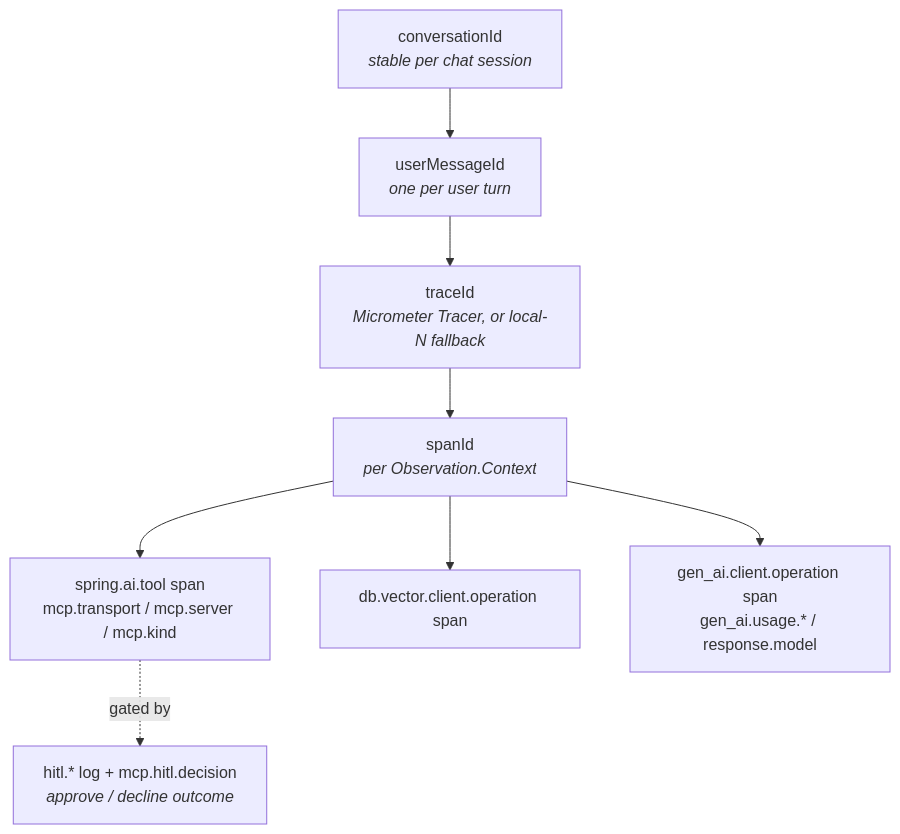
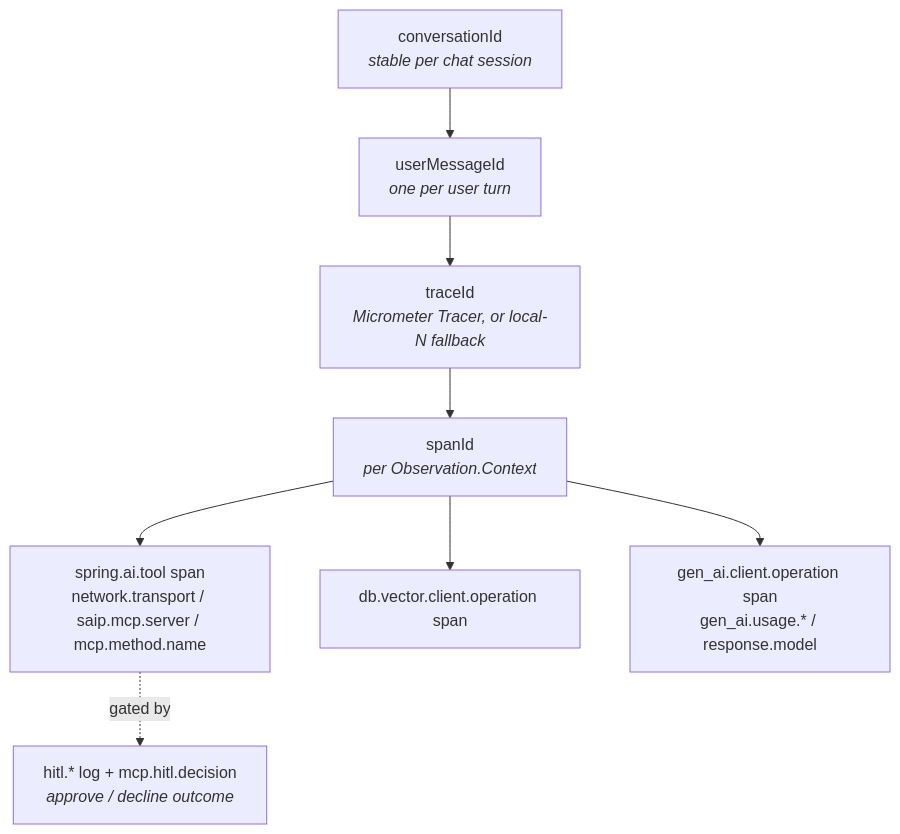
The third of 4 diagrams in docs/observability-architecture.md (JM-Lab/spring-ai-playground), drawn with Mermaid before and after one commit. The commit also changed other lines of this file and 185 other files, not shown here.

````diff
--- a/docs/observability-architecture.md
+++ b/docs/observability-architecture.md
@@ -187,16 +187,16 @@
 ```mermaid
 flowchart TD
     CONV["conversationId<br/><i>stable per chat session</i>"]
     MSG["userMessageId<br/><i>one per user turn</i>"]
     TRACE["traceId<br/><i>Micrometer Tracer, or local-N fallback</i>"]
     SPAN["spanId<br/><i>per Observation.Context</i>"]
-    TOOL["spring.ai.tool span<br/>mcp.transport / mcp.server / mcp.kind"]
+    TOOL["spring.ai.tool span<br/>network.transport / saip.mcp.server / mcp.method.name"]
     RAG["db.vector.client.operation span"]
     MODEL["gen_ai.client.operation span<br/>gen_ai.usage.* / response.model"]
     HITL["hitl.* log + mcp.hitl.decision<br/><i>approve / decline outcome</i>"]
     CONV --> MSG --> TRACE --> SPAN
     SPAN --> TOOL
     SPAN --> RAG
     SPAN --> MODEL
     TOOL -. gated by .-> HITL
 ```
````
